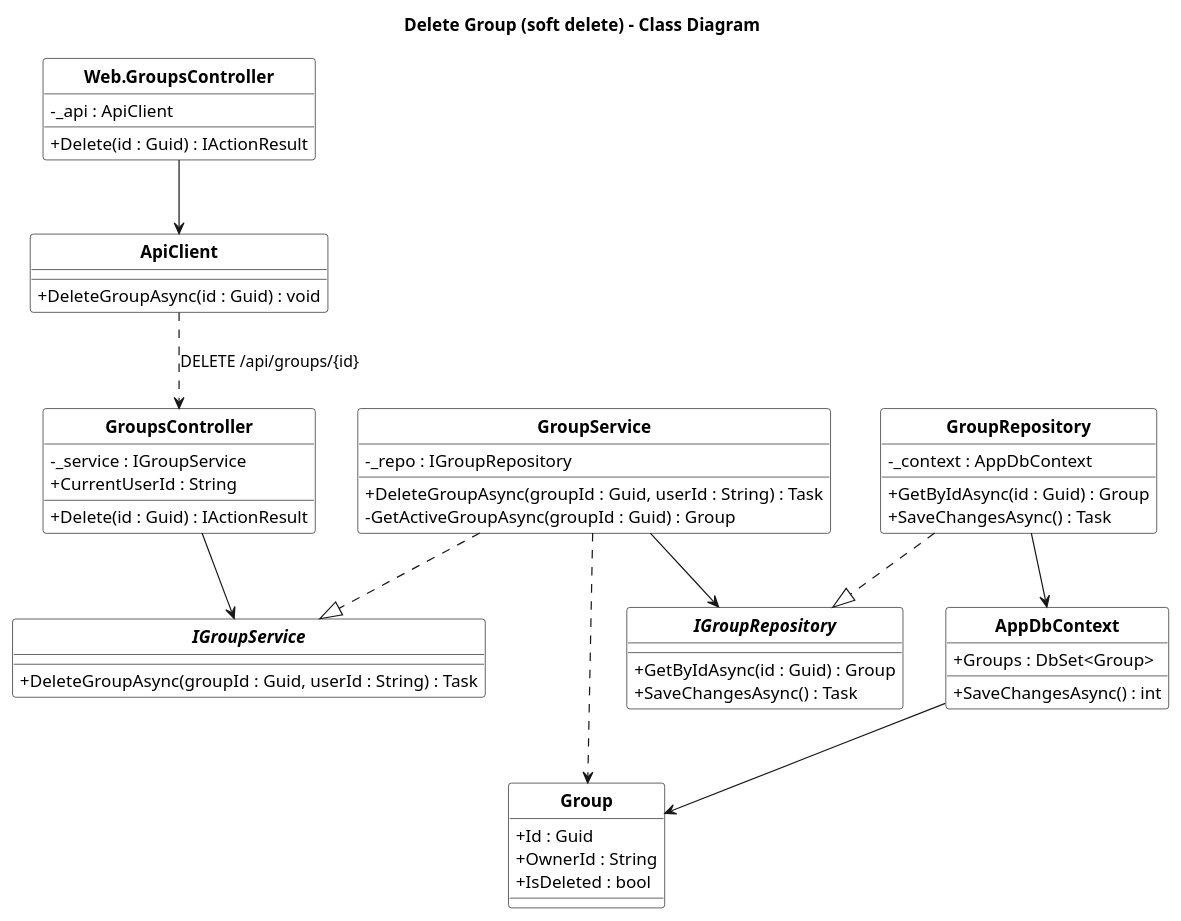
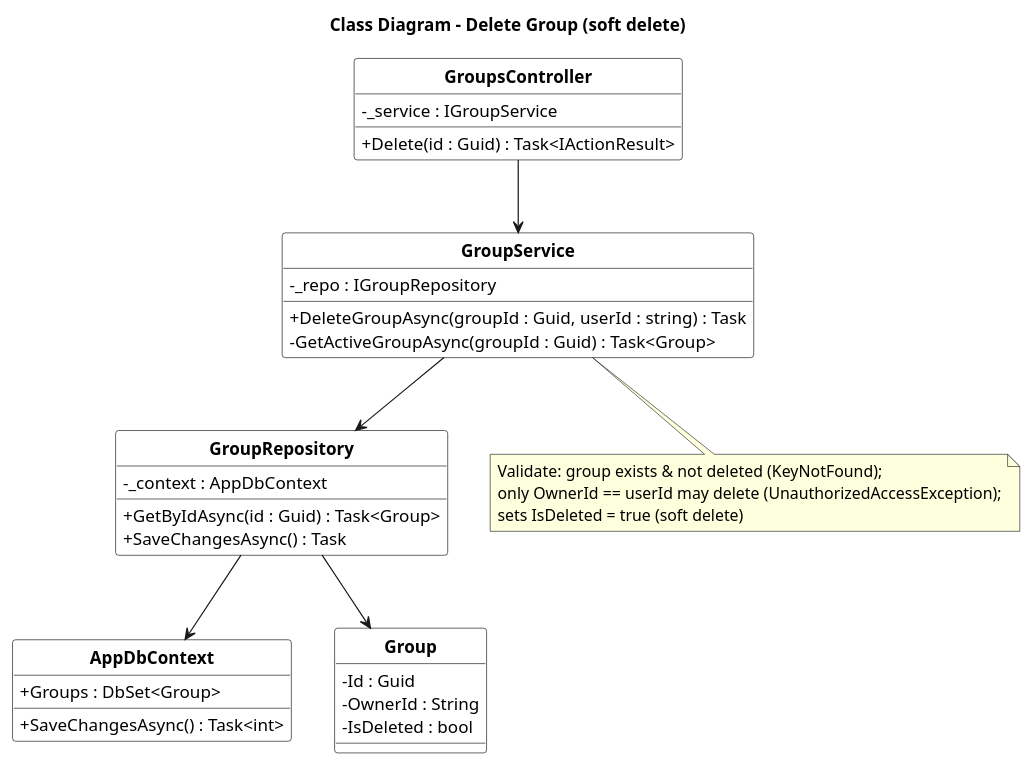
The diagram in docs/diagrams/class/class_group_delete.puml (HKDuy23114/minisocial), drawn with PlantUML before and after one commit. The commit also changed 9 other files, not shown here.

Commit message:
docs: rework group class diagrams to backend-layered per-feature style (match overview); add group feed & post delete

```diff
--- a/docs/diagrams/class/class_group_delete.puml
+++ b/docs/diagrams/class/class_group_delete.puml
@@ -1,67 +1,50 @@
 @startuml class_group_delete
-title Delete Group (soft delete) - Class Diagram
 hide circle
 skinparam classAttributeIconSize 0
-skinparam packageStyle rectangle
 skinparam class {
   BackgroundColor white
   BorderColor black
   FontName "Arial"
   FontStyle bold
 }
-
-class "Web.GroupsController" as Web {
-  -_api : ApiClient
-  +Delete(id : Guid) : IActionResult
-}
-
-class ApiClient {
-  +DeleteGroupAsync(id : Guid) : void
-}
+title Class Diagram - Delete Group (soft delete)
 
 class GroupsController {
   -_service : IGroupService
-  +CurrentUserId : String
-  +Delete(id : Guid) : IActionResult
+  +Delete(id : Guid) : Task<IActionResult>
 }
 
-interface IGroupService {
-  +DeleteGroupAsync(groupId : Guid, userId : String) : Task
-}
 class GroupService {
   -_repo : IGroupRepository
-  +DeleteGroupAsync(groupId : Guid, userId : String) : Task
-  -GetActiveGroupAsync(groupId : Guid) : Group
+  +DeleteGroupAsync(groupId : Guid, userId : string) : Task
+  -GetActiveGroupAsync(groupId : Guid) : Task<Group>
 }
 
-interface IGroupRepository {
-  +GetByIdAsync(id : Guid) : Group
-  +SaveChangesAsync() : Task
-}
 class GroupRepository {
   -_context : AppDbContext
-  +GetByIdAsync(id : Guid) : Group
+  +GetByIdAsync(id : Guid) : Task<Group>
   +SaveChangesAsync() : Task
 }
 
 class AppDbContext {
   +Groups : DbSet<Group>
-  +SaveChangesAsync() : int
+  +SaveChangesAsync() : Task<int>
 }
 
 class Group {
-  +Id : Guid
-  +OwnerId : String
-  +IsDeleted : bool
+  -Id : Guid
+  -OwnerId : String
+  -IsDeleted : bool
 }
 
-Web --> ApiClient
-ApiClient ..> GroupsController : DELETE /api/groups/{id}
-GroupsController --> IGroupService
-GroupService ..|> IGroupService
-GroupService --> IGroupRepository
-GroupRepository ..|> IGroupRepository
+GroupsController --> GroupService
+GroupService --> GroupRepository
 GroupRepository --> AppDbContext
-AppDbContext --> Group
-GroupService ..> Group
+GroupRepository --> Group
+
+note bottom of GroupService
+  Validate: group exists & not deleted (KeyNotFound);
+  only OwnerId == userId may delete (UnauthorizedAccessException);
+  sets IsDeleted = true (soft delete)
+end note
 @enduml
```
